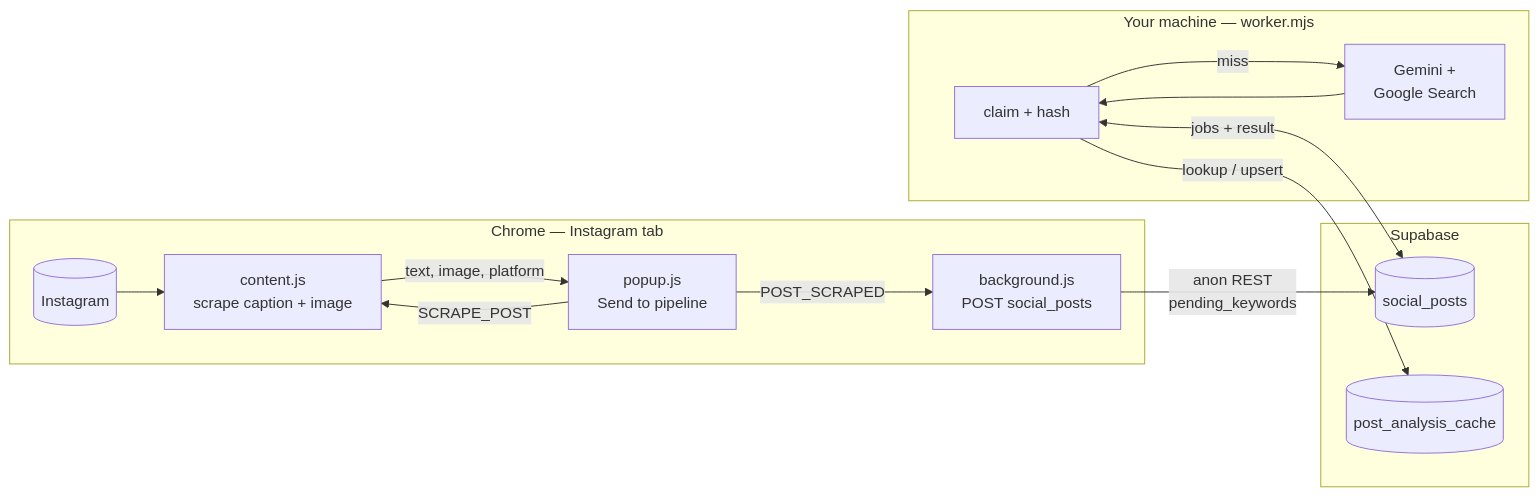
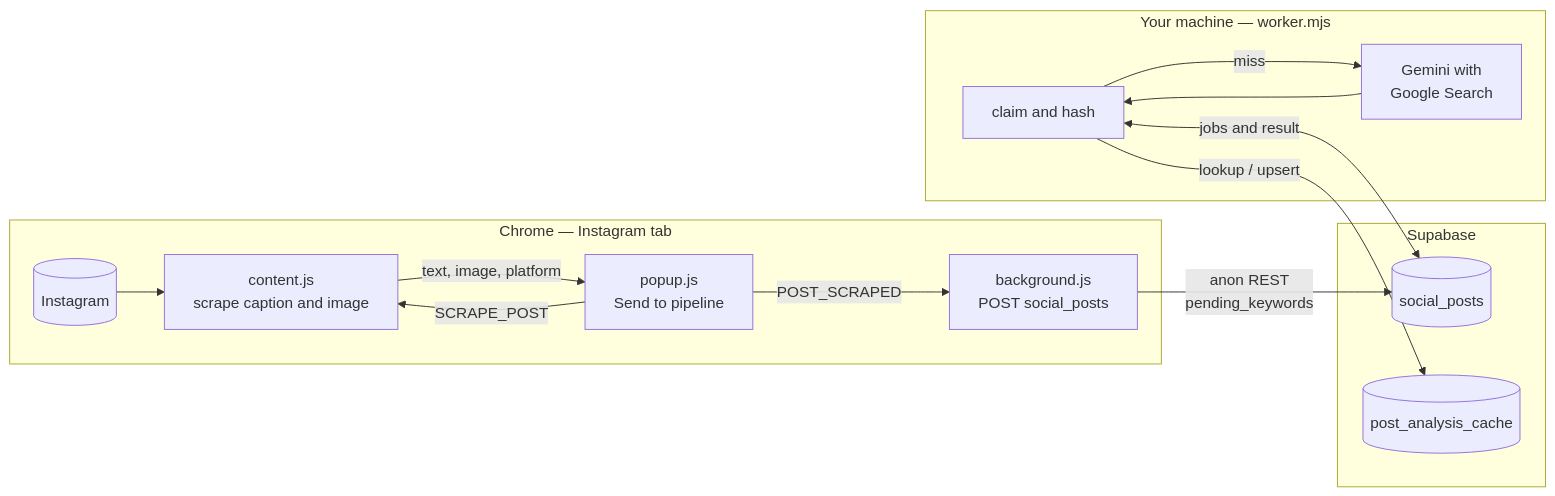
One commit to IlhamKassim/laila-coders changed the first of 2 diagrams in README.md. Above: the diagram before and after it, drawn with Mermaid. The commit also changed other lines of this file and 1 other file, not shown here.

Commit message:
does readme work now?

````diff
--- a/README.md
+++ b/README.md
@@ -13,29 +13,29 @@
 ```mermaid
 flowchart LR
   subgraph browser["Chrome — Instagram tab"]
     IG[(Instagram)]
-    CS[content.js\nscrape caption + image]
+    CS[content.js\nscrape caption and image]
     PU[popup.js\nSend to pipeline]
     BG[background.js\nPOST social_posts]
     IG --> CS
     PU -->|SCRAPE_POST| CS
     CS -->|text, image, platform| PU
     PU -->|POST_SCRAPED| BG
   end
 
   subgraph cloud["Supabase"]
     DB[(social_posts)]
     CACHE[(post_analysis_cache)]
   end
 
   subgraph backend["Your machine — worker.mjs"]
-    W[claim + hash]
-    G[Gemini +\nGoogle Search]
+    W[claim and hash]
+    G[Gemini with\nGoogle Search]
     W -->|lookup / upsert| CACHE
     W -->|miss| G
     G --> W
-    W <-->|jobs + result| DB
+    W <-->|jobs and result| DB
   end
 
   BG -->|anon REST\npending_keywords| DB
 ```
````
